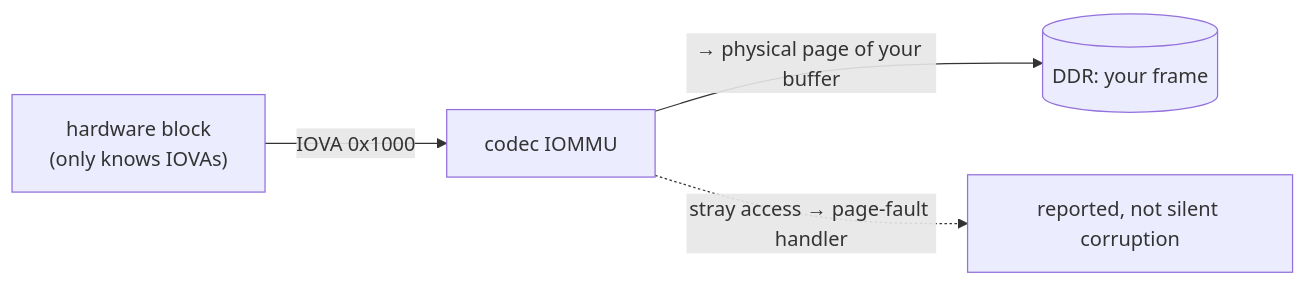
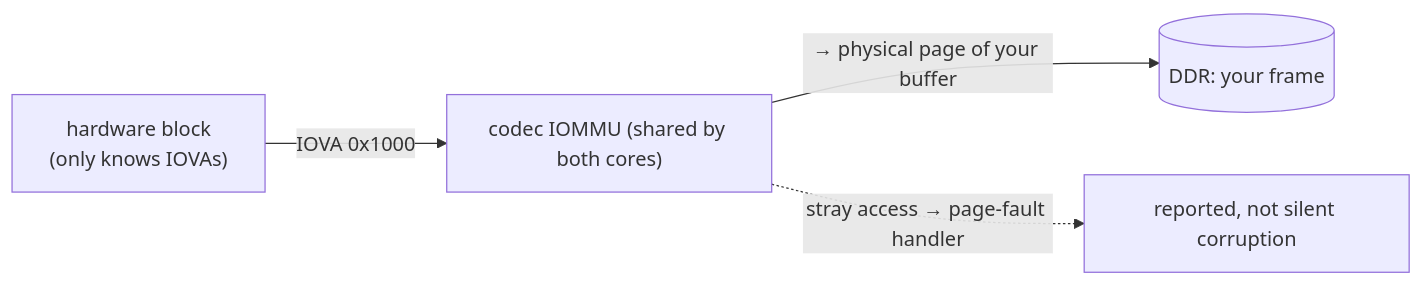
Before and after one commit to yisding/rock-5b-ysp: the sixth of 7 diagrams in docs/09-how-the-drivers-work.md, drawn with Mermaid. The commit also changed other lines of this file and 1 other file, not shown here.

````diff
--- a/docs/09-how-the-drivers-work.md
+++ b/docs/09-how-the-drivers-work.md
@@ -189,6 +234,6 @@
 ```mermaid
 flowchart LR
-  hw["hardware block<br/>(only knows IOVAs)"] -->|"IOVA 0x1000"| iommu["codec IOMMU"]
+  hw["hardware block<br/>(only knows IOVAs)"] -->|"IOVA 0x1000"| iommu["codec IOMMU (shared by both cores)"]
   iommu -->|"→ physical page of your buffer"| ddr[("DDR: your frame")]
   iommu -. "stray access → page-fault handler" .-> log["reported, not silent corruption"]
 ```
````
